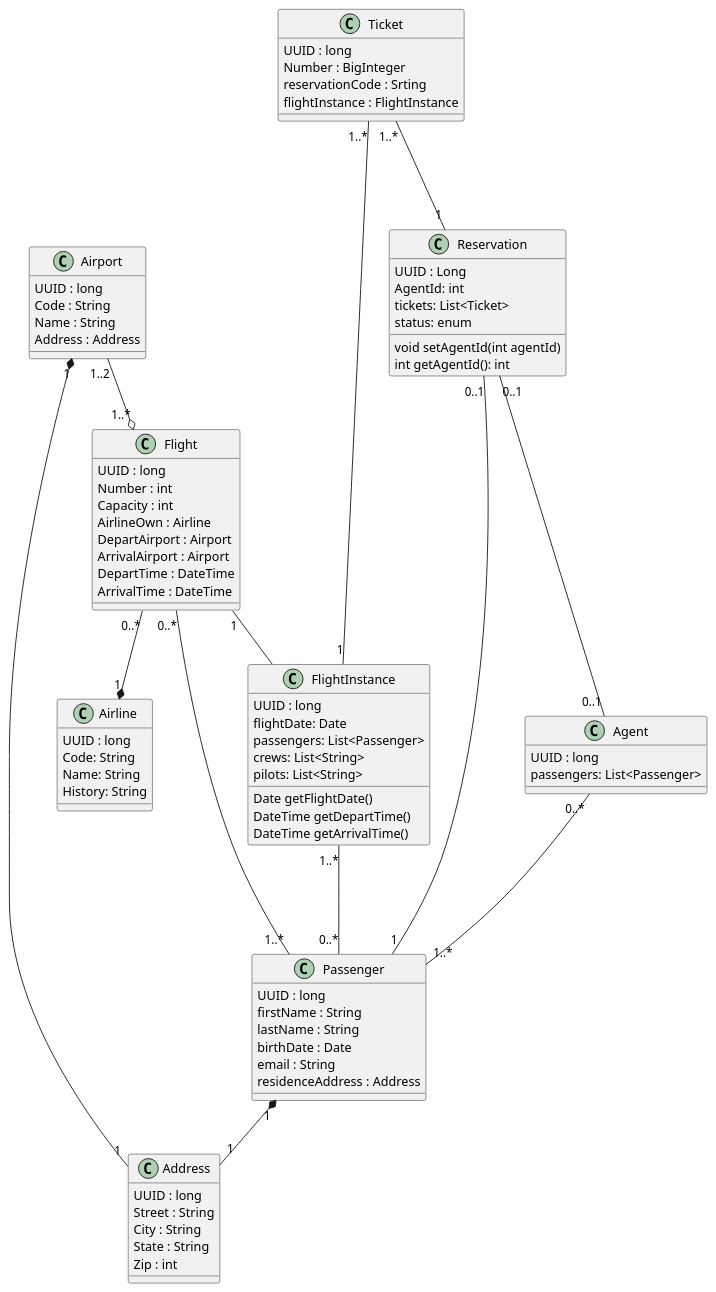
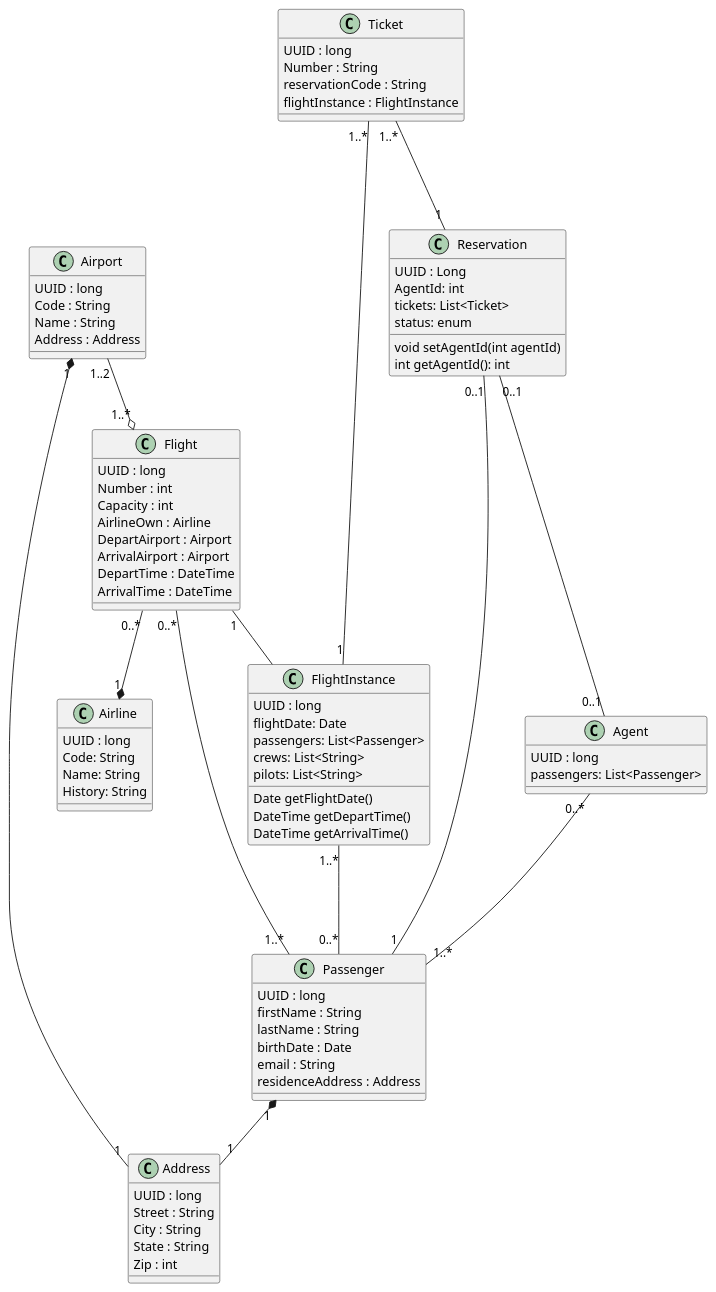
The diagram in Diagrams/Uml/Project.puml (AlperenElbasan/FlightReservationSystem), drawn with PlantUML before and after one commit.

Commit message:
update uml Ticket value

```diff
--- a/Diagrams/Uml/Project.puml
+++ b/Diagrams/Uml/Project.puml
@@ -1,97 +1,97 @@
 @startuml
 
 Class Airline {
     UUID : long 
     Code: String 
     Name: String
     History: String 
 }
 
 Class Airport{
     UUID : long
     Code : String
     Name : String
     Address : Address
 }
 
 Class Address{
     UUID : long
     Street : String
     City : String
     State : String
     Zip : int 
 }
 
 Class Flight{
     UUID : long
     Number : int
     Capacity : int
     AirlineOwn : Airline
     DepartAirport : Airport
     ArrivalAirport : Airport
     DepartTime : DateTime
     ArrivalTime : DateTime
 }
 
 Class FlightInstance{
     UUID : long
     flightDate: Date
     passengers: List<Passenger>
     crews: List<String>
     pilots: List<String>
     Date getFlightDate()
     DateTime getDepartTime()
     DateTime getArrivalTime()
 }
 
 '  It has an id, date, list of passengers, list of crew (flight staff), list of pilots (usually there are at least two or more)
 
 Class Passenger {
     UUID : long
     firstName : String
     lastName : String 
     birthDate : Date
     email : String
     residenceAddress : Address
 }
 
 Class Reservation {
     UUID : Long
     AgentId: int
     void setAgentId(int agentId)
     int getAgentId(): int
     tickets: List<Ticket>
     status: enum
 }
 
 Class Agent {
     UUID : long
     passengers: List<Passenger>
 }
 
 Class Ticket {
     UUID : long
-    Number : BigInteger 
-    reservationCode : Srting
+    Number : String 
+    reservationCode : String
     flightInstance : FlightInstance
 }
 
 Airport "1" *-- "1" Address
 Flight "0..*" --* "1" Airline
 Flight "1"-- FlightInstance
 Passenger "1" *-- "1" Address
 
 Reservation "0..1" --- "1" Passenger
 Flight "0..*" --- "1..*" Passenger
 Ticket "1..*" --- "1" Reservation
 
 Ticket "1..*" --- "1" FlightInstance
 
 Agent "0..*" --- "1..*" Passenger
 Reservation "0..1" --- "0..1" Agent
 
 FlightInstance "1..*" --- "0..*" Passenger
 
 Airport "1..2" --o "1..*" Flight
 
 @enduml
```
